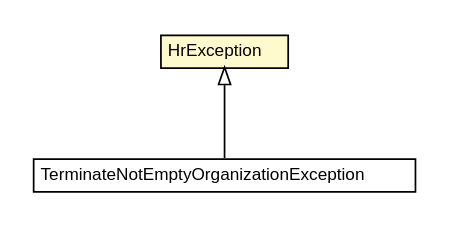
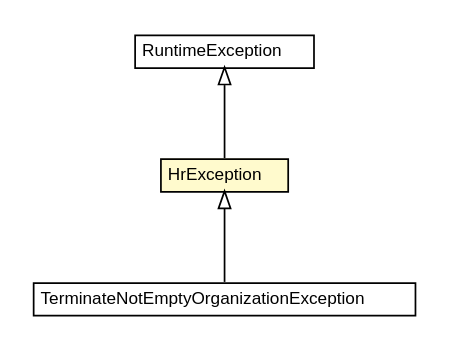
The diagram in apidocs/org/dddlib/organisation/domain/HrException.dot (dayatang/dddlib), drawn with Graphviz before and after one commit. The commit also changed 3371 other files, not shown here.

```diff
--- a/apidocs/org/dddlib/organisation/domain/HrException.dot
+++ b/apidocs/org/dddlib/organisation/domain/HrException.dot
@@ -1,26 +1,34 @@
 #!/usr/local/bin/dot
 #
 # Class diagram 
 # Generated by UMLGraph version R5_6_6-8-g8d7759 (http://www.umlgraph.org/)
 #
 
 digraph G {
 	edge [fontname="Helvetica",fontsize=10,labelfontname="Helvetica",labelfontsize=10];
 	node [fontname="Helvetica",fontsize=10,shape=plaintext];
 	nodesep=0.25;
 	ranksep=0.5;
 	// org.dddlib.organisation.domain.TerminateNotEmptyOrganizationException
-	c55851 [label=<<table title="org.dddlib.organisation.domain.TerminateNotEmptyOrganizationException" border="0" cellborder="1" cellspacing="0" cellpadding="2" port="p" href="./TerminateNotEmptyOrganizationException.html">
+	c55613 [label=<<table title="org.dddlib.organisation.domain.TerminateNotEmptyOrganizationException" border="0" cellborder="1" cellspacing="0" cellpadding="2" port="p" href="./TerminateNotEmptyOrganizationException.html">
 		<tr><td><table border="0" cellspacing="0" cellpadding="1">
 <tr><td align="center" balign="center"> TerminateNotEmptyOrganizationException </td></tr>
 		</table></td></tr>
 		</table>>, URL="./TerminateNotEmptyOrganizationException.html", fontname="Helvetica", fontcolor="black", fontsize=10.0];
 	// org.dddlib.organisation.domain.HrException
-	c55862 [label=<<table title="org.dddlib.organisation.domain.HrException" border="0" cellborder="1" cellspacing="0" cellpadding="2" port="p" bgcolor="lemonChiffon" href="./HrException.html">
+	c55624 [label=<<table title="org.dddlib.organisation.domain.HrException" border="0" cellborder="1" cellspacing="0" cellpadding="2" port="p" bgcolor="lemonChiffon" href="./HrException.html">
 		<tr><td><table border="0" cellspacing="0" cellpadding="1">
 <tr><td align="center" balign="center"> HrException </td></tr>
 		</table></td></tr>
 		</table>>, URL="./HrException.html", fontname="Helvetica", fontcolor="black", fontsize=10.0];
 	//org.dddlib.organisation.domain.TerminateNotEmptyOrganizationException extends org.dddlib.organisation.domain.HrException
-	c55862:p -> c55851:p [dir=back,arrowtail=empty];
+	c55624:p -> c55613:p [dir=back,arrowtail=empty];
+	//org.dddlib.organisation.domain.HrException extends java.lang.RuntimeException
+	c55643:p -> c55624:p [dir=back,arrowtail=empty];
+	// java.lang.RuntimeException
+	c55643 [label=<<table title="java.lang.RuntimeException" border="0" cellborder="1" cellspacing="0" cellpadding="2" port="p" href="http://download.oracle.com/javase/7/docs/api/java/lang/RuntimeException.html">
+		<tr><td><table border="0" cellspacing="0" cellpadding="1">
+<tr><td align="center" balign="center"> RuntimeException </td></tr>
+		</table></td></tr>
+		</table>>, URL="http://download.oracle.com/javase/7/docs/api/java/lang/RuntimeException.html", fontname="Helvetica", fontcolor="black", fontsize=10.0];
 }
```
